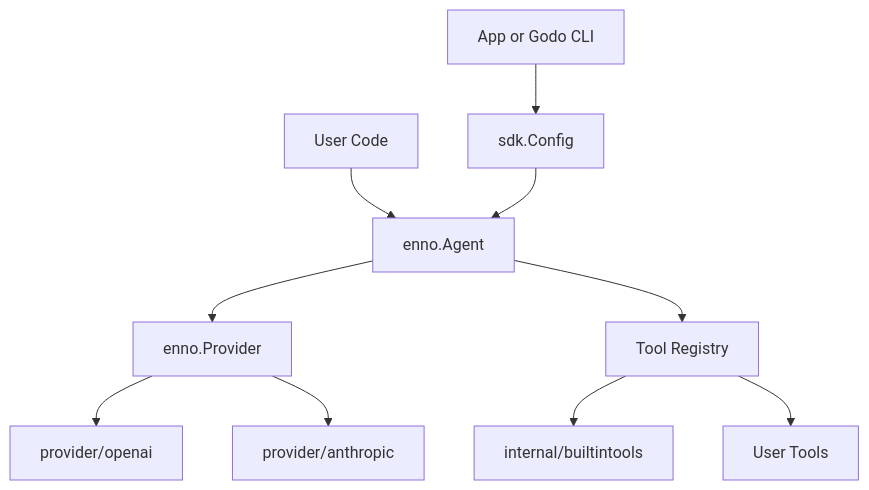
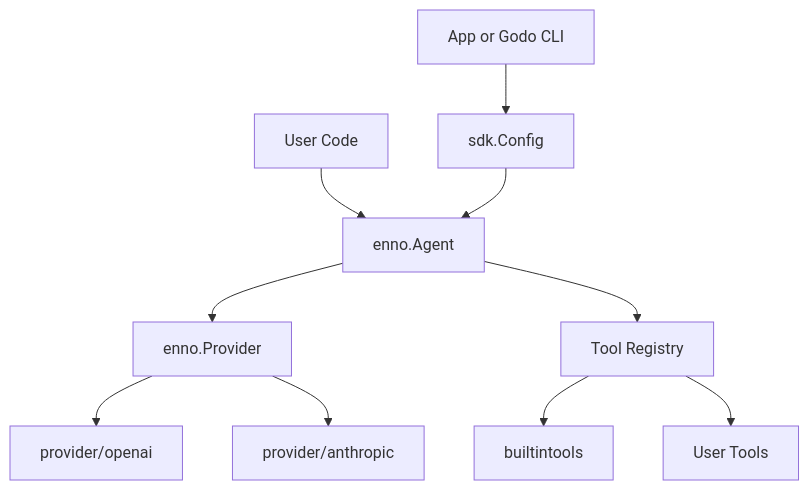
One commit to dean2021/enno changed the diagram in docs/design.md. Above: the diagram before and after it, drawn with Mermaid. The commit also changed other lines of this file and 31 other files, not shown here.

First line of the commit message:
feat!: move builtintools and prompt out of internal/

````diff
--- a/docs/design.md
+++ b/docs/design.md
@@ -148,12 +147,12 @@
 ```mermaid
 flowchart TD
     userCode[User Code] --> agent[enno.Agent]
     app[App or Godo CLI] --> sdkPkg[sdk.Config]
     sdkPkg --> agent
     agent --> providerIface[enno.Provider]
     providerIface --> openaiProvider[provider/openai]
     providerIface --> anthropicProvider[provider/anthropic]
     agent --> toolRegistry[Tool Registry]
-    toolRegistry --> builtinTools[internal/builtintools]
+    toolRegistry --> builtinTools[builtintools]
     toolRegistry --> customTools[User Tools]
 ```
````
